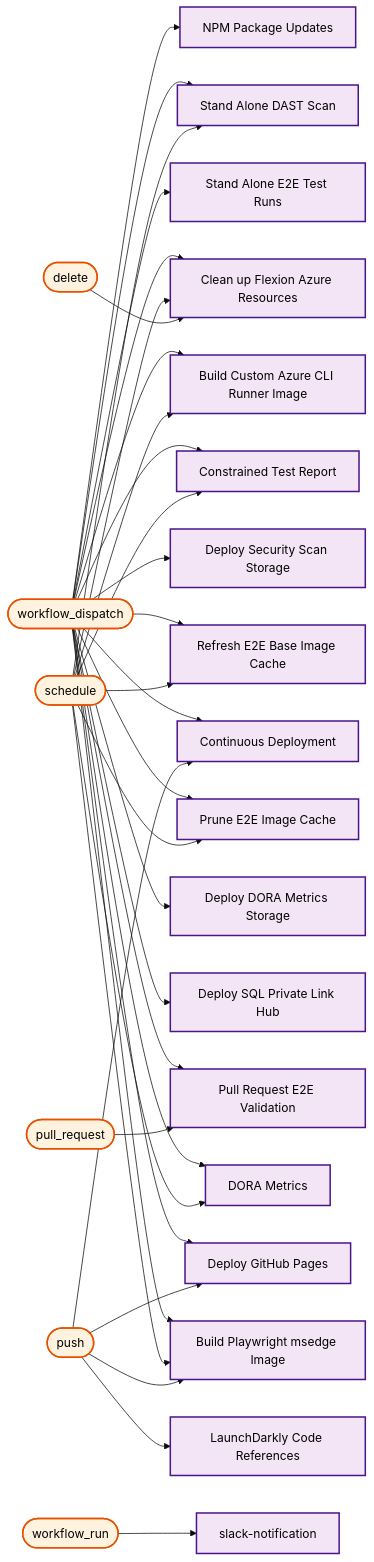
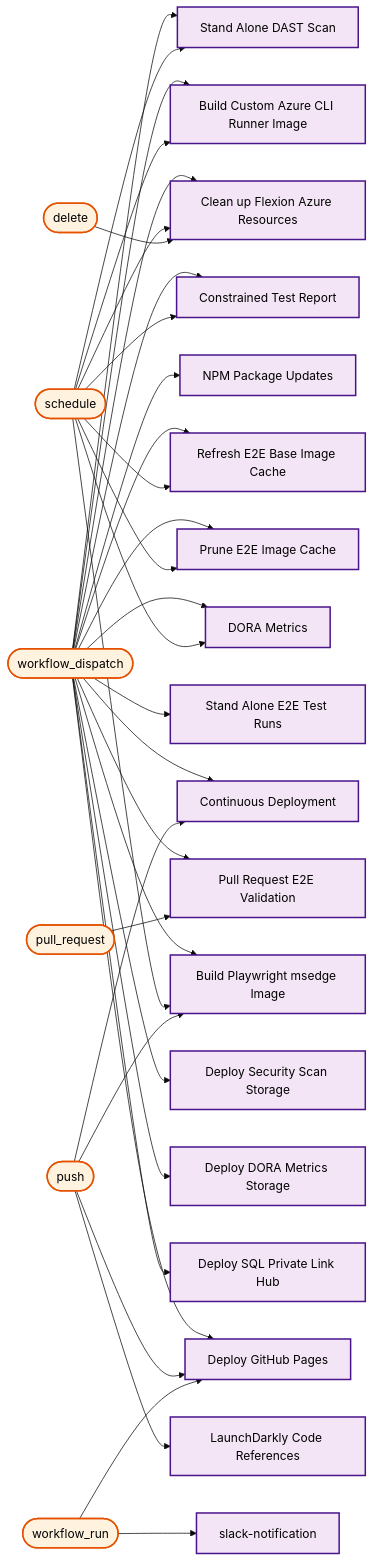
Diagram 28 of 28 in docs/operations/workflow-diagram.md (US-Trustee-Program/Bankruptcy-Oversight-Support-Systems), drawn with Mermaid (base theme) before and after one commit. The commit also changed other lines of this file and 16 other files, not shown here.

```diff
--- a/docs/operations/workflow-diagram.md
+++ b/docs/operations/workflow-diagram.md
@@ -1441,12 +1457,13 @@
     deploy_pages_yml["Deploy GitHub Pages"]
     launchdarkly_code_references_yml["LaunchDarkly Code References"]
     continuous_deployment_yml["Continuous Deployment"]
+    trigger_workflow_run(["workflow_run"])
+    deploy_pages_yml["Deploy GitHub Pages"]
+    slack_notification_yml["slack-notification"]
     trigger_delete(["delete"])
     azure_remove_branch_yml["Clean up Flexion Azure Resources"]
     trigger_pull_request(["pull_request"])
     pr_validation_yml["Pull Request E2E Validation"]
-    trigger_workflow_run(["workflow_run"])
-    slack_notification_yml["slack-notification"]
 
     trigger_workflow_dispatch --> deploy_sql_hub_yml
     trigger_workflow_dispatch --> deploy_dora_metrics_storage_yml
@@ -1476,9 +1493,10 @@
     trigger_push --> deploy_pages_yml
     trigger_push --> launchdarkly_code_references_yml
     trigger_push --> continuous_deployment_yml
+    trigger_workflow_run --> deploy_pages_yml
+    trigger_workflow_run --> slack_notification_yml
     trigger_delete --> azure_remove_branch_yml
     trigger_pull_request --> pr_validation_yml
-    trigger_workflow_run --> slack_notification_yml
 
     classDef mainWorkflow fill:#f3e5f5,stroke:#4a148c,stroke-width:2px,color:#000000
     classDef trigger fill:#fff3e0,stroke:#e65100,stroke-width:2px,color:#000000
@@ -1486,9 +1504,9 @@
     class trigger_workflow_dispatch trigger
     class trigger_schedule trigger
     class trigger_push trigger
+    class trigger_workflow_run trigger
     class trigger_delete trigger
     class trigger_pull_request trigger
-    class trigger_workflow_run trigger
     class deploy_sql_hub_yml mainWorkflow
     class deploy_dora_metrics_storage_yml mainWorkflow
     class build_playwright_msedge_image_yml mainWorkflow
```
